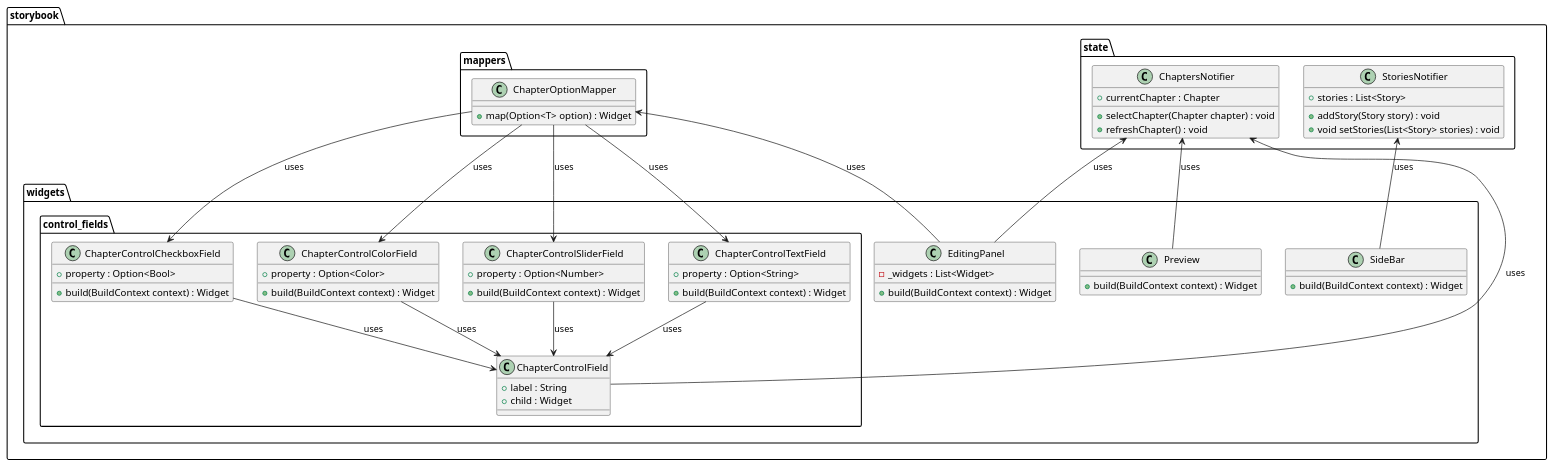
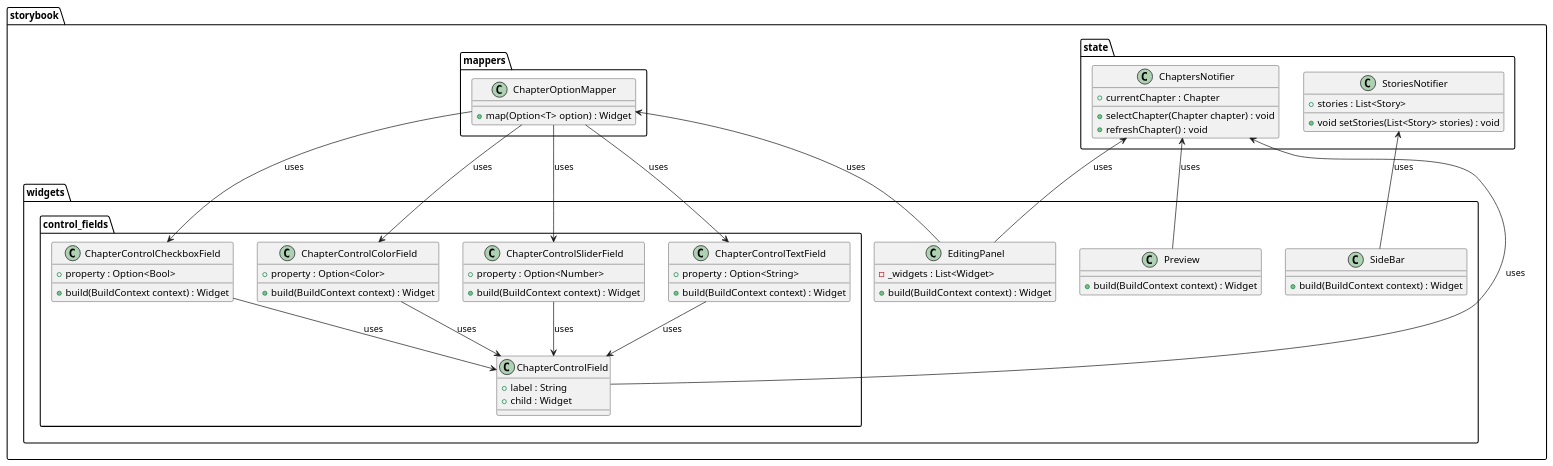
One commit to Flank/flank-dashboard changed the diagram in metrics/web/docs/features/storybook/diagrams/metrics_storybook_ui_widgets_class_diagram.puml. Above: the diagram before and after it, drawn with PlantUML. The commit also changed 3 other files, not shown here.

```diff
--- a/metrics/web/docs/features/storybook/diagrams/metrics_storybook_ui_widgets_class_diagram.puml
+++ b/metrics/web/docs/features/storybook/diagrams/metrics_storybook_ui_widgets_class_diagram.puml
@@ -1,87 +1,86 @@
 @startuml metrics_storybook_ui_widgets_class_diagram
 
 package storybook {
     package state {
         class ChaptersNotifier {
             + currentChapter : Chapter
 
             + selectChapter(Chapter chapter) : void
             + refreshChapter() : void
         }
 
         class StoriesNotifier {
             + stories : List<Story>
 
-            + addStory(Story story) : void
             + void setStories(List<Story> stories) : void
         }
     }
 
     package mappers {
         class ChapterOptionMapper {
             + map(Option<T> option) : Widget
         }
     }
 
     package widgets {
         class SideBar {
             + build(BuildContext context) : Widget
         }
 
         class Preview {
             + build(BuildContext context) : Widget
         }
 
         class EditingPanel {
             - _widgets : List<Widget>
 
             + build(BuildContext context) : Widget
         }
 
         package control_fields {
             class ChapterControlField {
                 + label : String
                 + child : Widget
             }
 
             class ChapterControlTextField {
                 + property : Option<String> 
 
                 + build(BuildContext context) : Widget
             }
             class ChapterControlCheckboxField {
                 + property : Option<Bool> 
 
                 + build(BuildContext context) : Widget
             }
             class ChapterControlColorField {
                 + property : Option<Color> 
 
                 + build(BuildContext context) : Widget
             }
             class ChapterControlSliderField {
                 + property : Option<Number> 
 
                 + build(BuildContext context) : Widget
             }
         }
     }
 }
 
 EditingPanel -up-> ChaptersNotifier : uses
 SideBar -up-> StoriesNotifier : uses
 Preview -up-> ChaptersNotifier : uses
 EditingPanel -up-> ChapterOptionMapper : uses
 ChapterControlField -> ChaptersNotifier : uses
 
 ChapterOptionMapper -> ChapterControlTextField : uses
 ChapterOptionMapper -> ChapterControlCheckboxField : uses
 ChapterOptionMapper -> ChapterControlColorField : uses
 ChapterOptionMapper -> ChapterControlSliderField : uses
 
 ChapterControlTextField -down-> ChapterControlField : uses
 ChapterControlCheckboxField -down-> ChapterControlField : uses
 ChapterControlColorField -down-> ChapterControlField : uses
 ChapterControlSliderField -down-> ChapterControlField : uses
 
 @enduml
```
